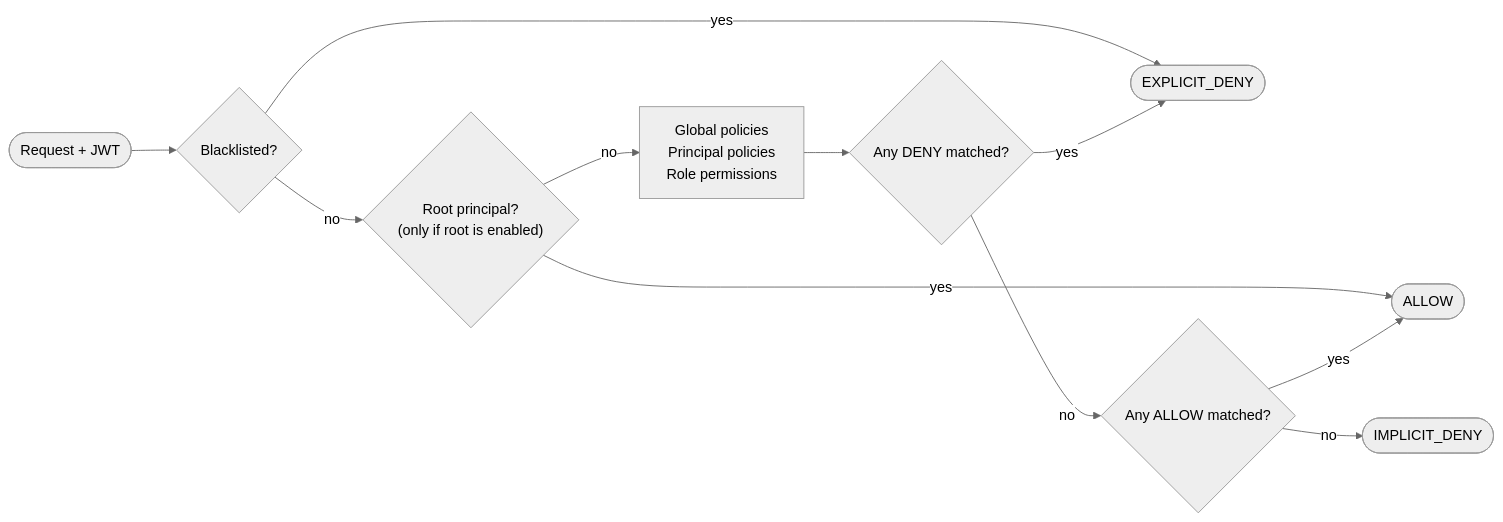
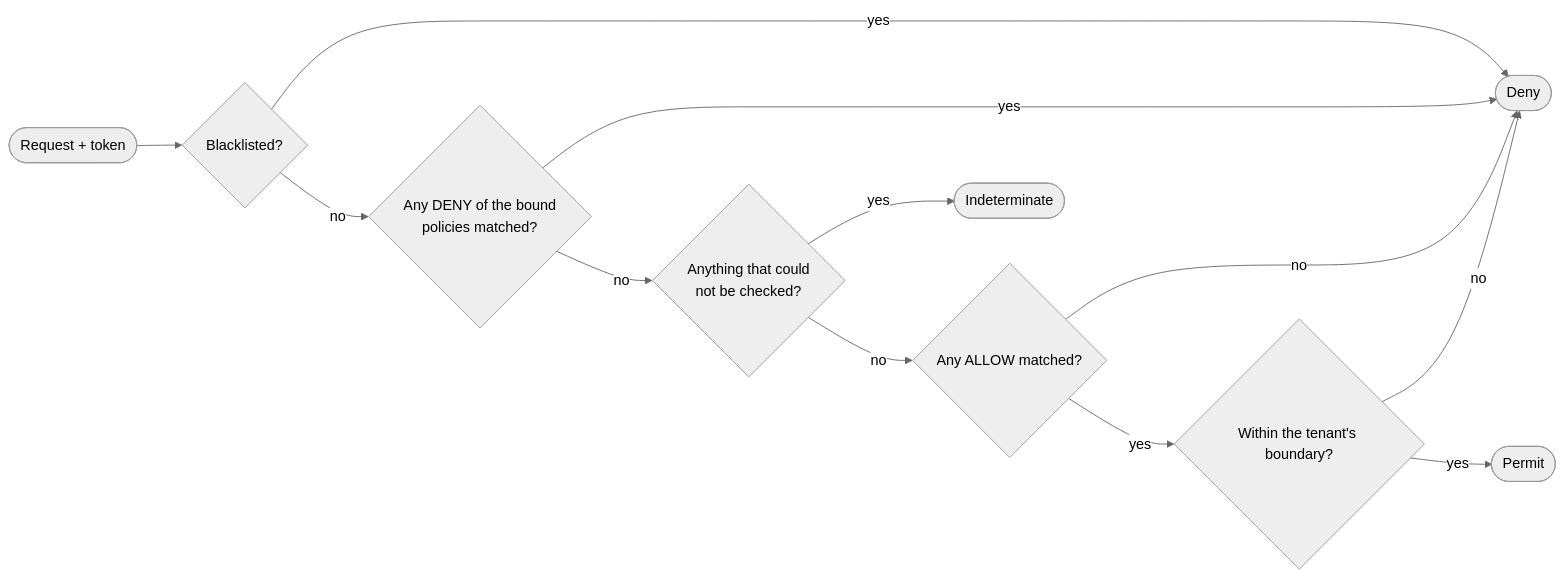
One commit to Ahoo-Wang/CoSec changed the diagram in README.md. Above: the diagram before and after it, drawn with Mermaid (neutral theme). The commit also changed other lines of this file and 54 other files, not shown here.

````diff
--- a/README.md
+++ b/README.md
@@ -36,13 +40,14 @@
 ```mermaid
 flowchart LR
-    R([Request + JWT]) --> BL{Blacklisted?}
-    BL -->|yes| DENY([EXPLICIT_DENY])
-    BL -->|no| ROOT{"Root principal?<br>(only if root is enabled)"}
-    ROOT -->|yes| ALLOW([ALLOW])
-    ROOT -->|no| L["Global policies<br>Principal policies<br>Role permissions"]
-    L --> D{Any DENY matched?}
+    R([Request + token]) --> BL{Blacklisted?}
+    BL -->|yes| DENY([Deny])
+    BL -->|no| D{"Any DENY of the bound<br>policies matched?"}
     D -->|yes| DENY
-    D -->|no| A{Any ALLOW matched?}
-    A -->|yes| ALLOW
-    A -->|no| IMP([IMPLICIT_DENY])
+    D -->|no| U{"Anything that could<br>not be checked?"}
+    U -->|yes| IND([Indeterminate])
+    U -->|no| A{Any ALLOW matched?}
+    A -->|no| DENY
+    A -->|yes| B{Within the tenant's boundary?}
+    B -->|no| DENY
+    B -->|yes| P([Permit])
 ```
````
